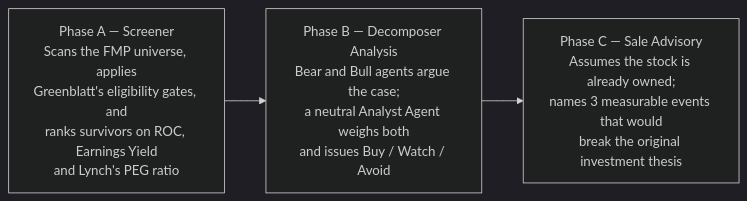
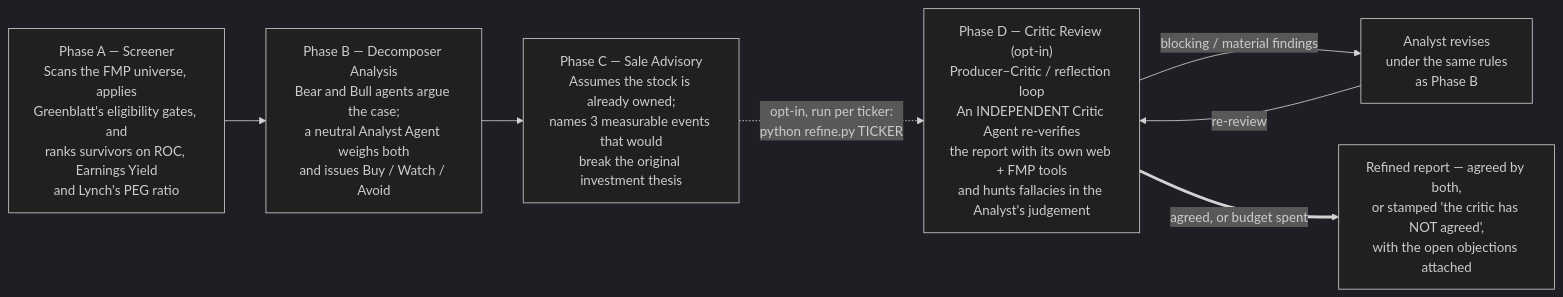
Before and after one commit to sun4github/magic-stock-picker: the diagram in README.md, drawn with Mermaid (dark theme). The commit also changed other lines of this file and 9 other files, not shown here.

````diff
--- a/README.md
+++ b/README.md
@@ -13,7 +19,14 @@
 ```mermaid
 flowchart LR
     A["Phase A — Screener<br/>Scans the FMP universe, applies<br/>Greenblatt's eligibility gates, and<br/>ranks survivors on ROC, Earnings Yield<br/>and Lynch's PEG ratio"]
     B["Phase B — Decomposer Analysis<br/>Bear and Bull agents argue the case;<br/>a neutral Analyst Agent weighs both<br/>and issues Buy / Watch / Avoid"]
     C["Phase C — Sale Advisory<br/>Assumes the stock is already owned;<br/>names 3 measurable events that would<br/>break the original investment thesis"]
+    D["Phase D — Critic Review (opt-in)<br/>Producer–Critic / reflection loop<br/>An INDEPENDENT Critic Agent re-verifies<br/>the report with its own web + FMP tools<br/>and hunts fallacies in the Analyst's judgement"]
+    E["Analyst revises<br/>under the same rules<br/>as Phase B"]
+    F["Refined report — agreed by both,<br/>or stamped 'the critic has NOT agreed',<br/>with the open objections attached"]
     A --> B --> C
+    C -.->|"opt-in, run per ticker:<br/>python refine.py TICKER"| D
+    D -->|"blocking / material findings"| E
+    E -->|"re-review"| D
+    D ==>|"agreed, or budget spent"| F
 ```
````
